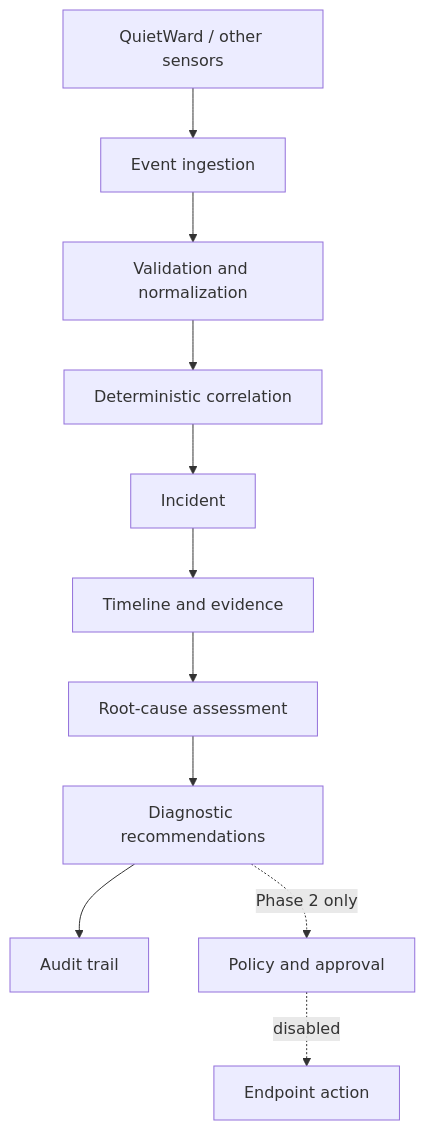
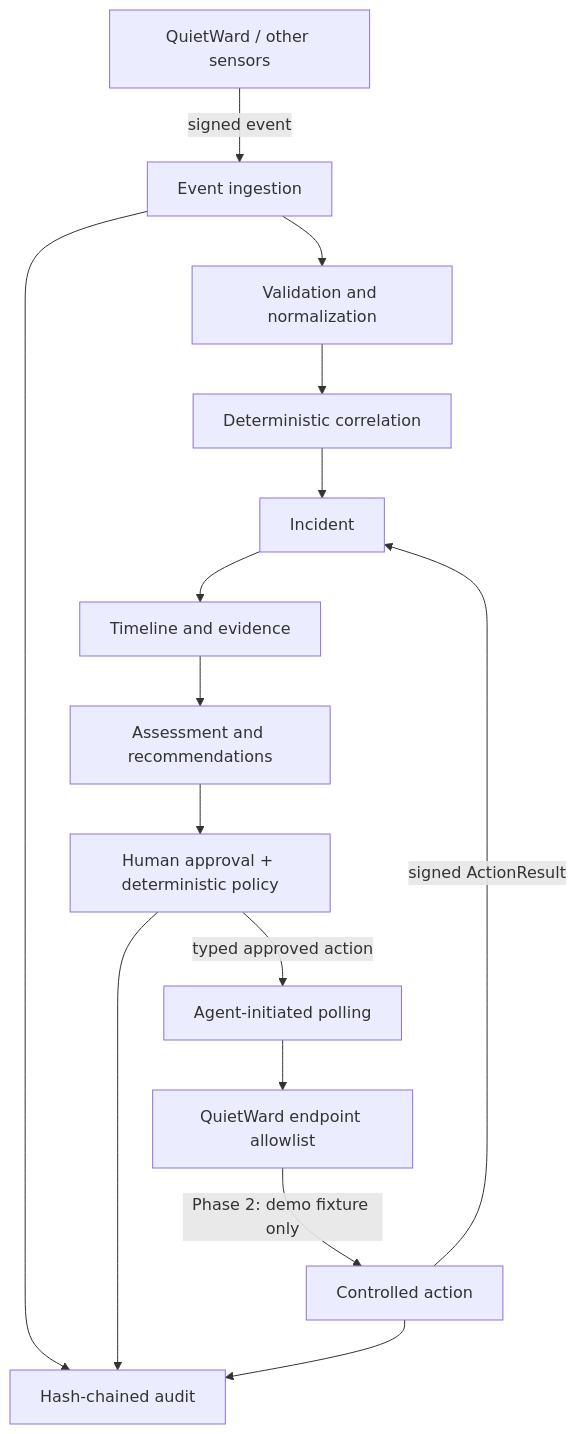
Before and after one commit to LUKEcheadle-ship-it/quietward-response: the diagram in README.md, drawn with Mermaid. The commit also changed other lines of this file, not shown here.

Commit message:
Document Phase 2 secure QuietWard response workflow

````diff
--- a/README.md
+++ b/README.md
@@ -18,13 +18,17 @@
 ```mermaid
 flowchart TD
-    S[QuietWard / other sensors] --> I[Event ingestion]
+    Q[QuietWard / other sensors] -->|signed event| I[Event ingestion]
     I --> N[Validation and normalization]
     N --> C[Deterministic correlation]
     C --> X[Incident]
     X --> T[Timeline and evidence]
-    T --> R[Root-cause assessment]
-    R --> D[Diagnostic recommendations]
-    D --> A[Audit trail]
-    D -. Phase 2 only .-> P[Policy and approval]
-    P -. disabled .-> E[Endpoint action]
+    T --> R[Assessment and recommendations]
+    R --> P[Human approval + deterministic policy]
+    P -->|typed approved action| A[Agent-initiated polling]
+    A --> E[QuietWard endpoint allowlist]
+    E -->|Phase 2: demo fixture only| Z[Controlled action]
+    Z -->|signed ActionResult| X
+    I --> U[Hash-chained audit]
+    P --> U
+    Z --> U
 ```
````
